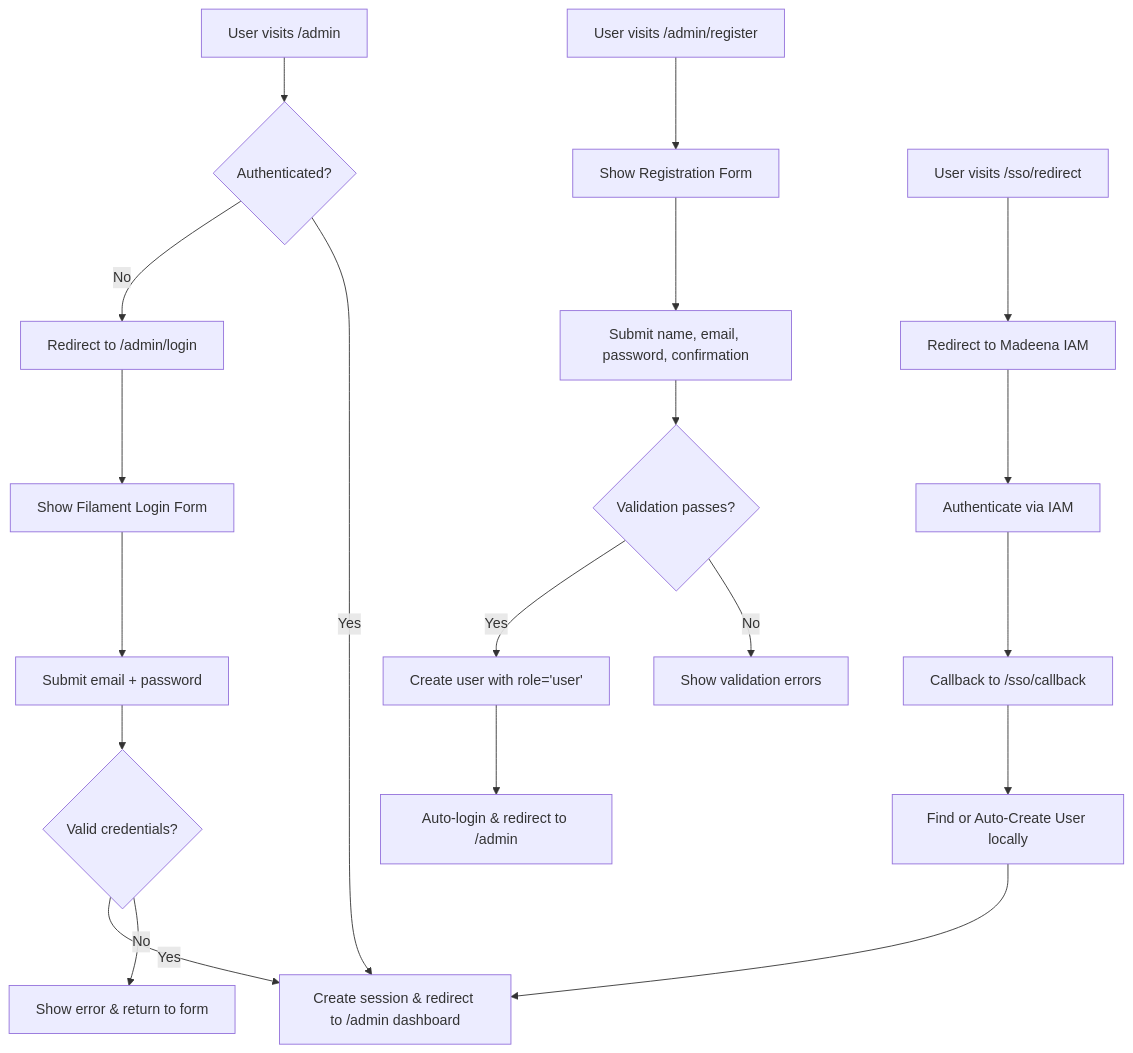
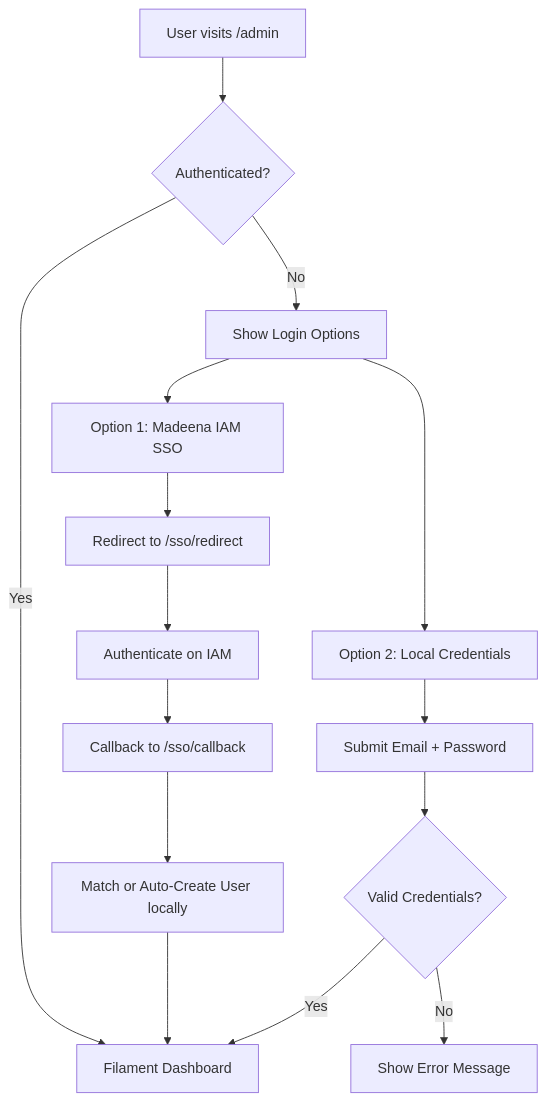
The first of 5 diagrams in docs/PRD.md (Madeena-software/madeena-company-profile), drawn with Mermaid before and after one commit. The commit also changed other lines of this file and 3 other files, not shown here.

````diff
--- a/docs/PRD.md
+++ b/docs/PRD.md
@@ -218,25 +196,19 @@
 ```mermaid
 flowchart TD
     A["User visits /admin"] --> B{"Authenticated?"}
-    B -- No --> C["Redirect to /admin/login"]
-    C --> D["Show Filament Login Form"]
-    D --> E["Submit email + password"]
-    E --> F{"Valid credentials?"}
-    F -- Yes --> G["Create session & redirect to /admin dashboard"]
-    F -- No --> H["Show error & return to form"]
-    
-    B -- Yes --> G
-    
-    I["User visits /admin/register"] --> J["Show Registration Form"]
-    J --> K["Submit name, email, password, confirmation"]
-    K --> L{"Validation passes?"}
-    L -- Yes --> M["Create user with role='user'"]
-    M --> N["Auto-login & redirect to /admin"]
-    L -- No --> O["Show validation errors"]
+    B -- Yes --> C["Filament Dashboard"]
+    B -- No --> D["Show Login Options"]
 
-    P["User visits /sso/redirect"] --> Q["Redirect to Madeena IAM"]
-    Q --> R["Authenticate via IAM"]
-    R --> S["Callback to /sso/callback"]
-    S --> T["Find or Auto-Create User locally"]
-    T --> G
+    D --> E["Option 1: Madeena IAM SSO"]
+    E --> F["Redirect to /sso/redirect"]
+    F --> G["Authenticate on IAM"]
+    G --> H["Callback to /sso/callback"]
+    H --> I["Match or Auto-Create User locally"]
+    I --> C
+
+    D --> J["Option 2: Local Credentials"]
+    J --> K["Submit Email + Password"]
+    K --> L{"Valid Credentials?"}
+    L -- Yes --> C
+    L -- No --> M["Show Error Message"]
 ```
````
